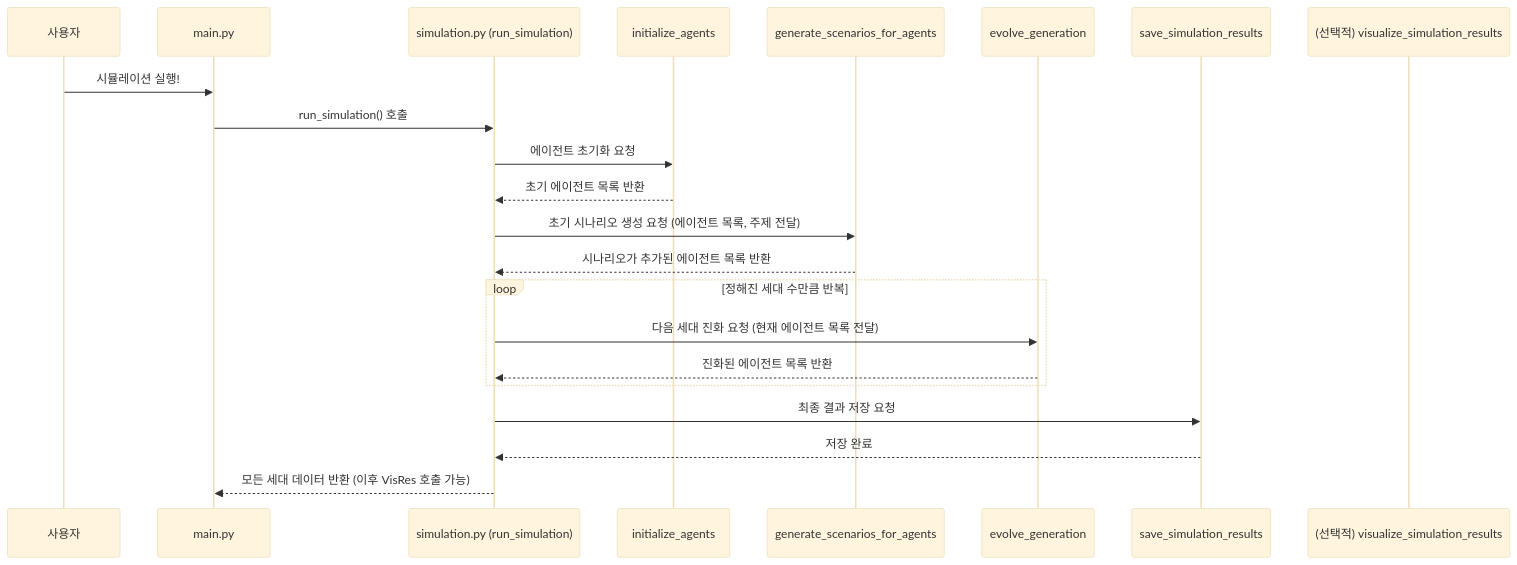
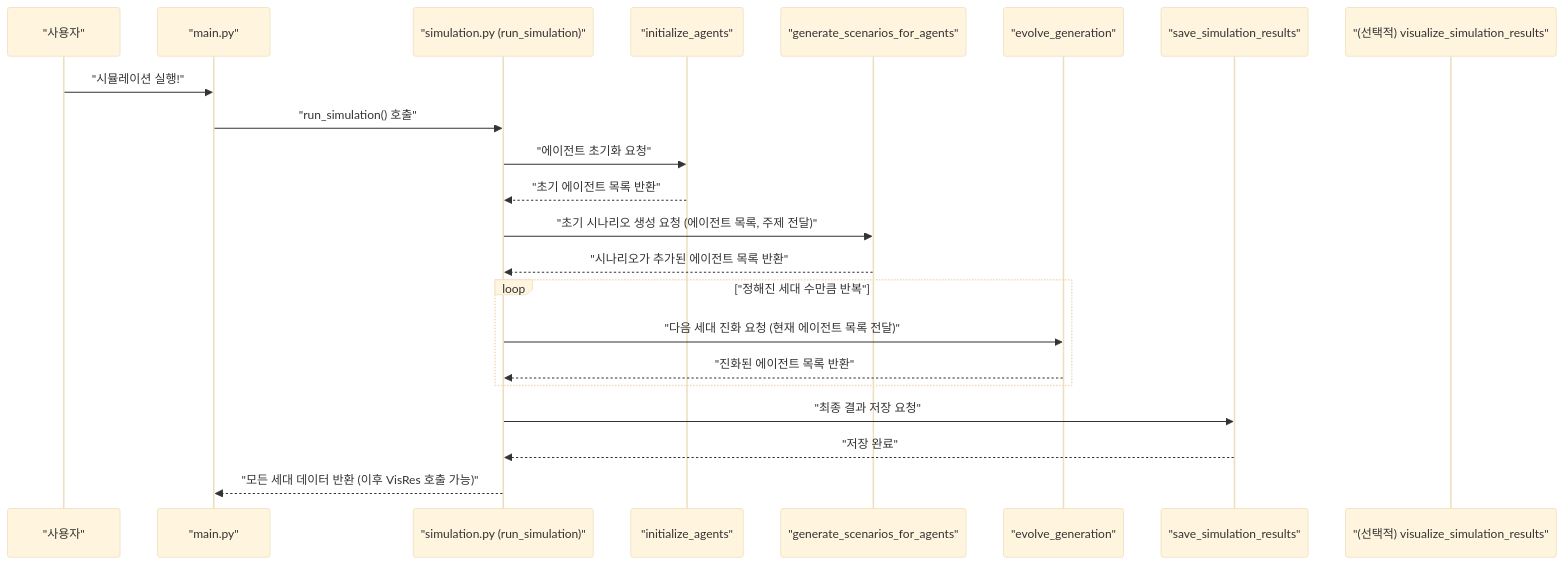
Before and after one commit to ValleyJin/Tutorial-Builder: the first of 2 diagrams in output/simulacra-futura/04_시뮬레이션_총괄__simulation_orchestration__.md, drawn with Mermaid (base theme). The commit also changed other lines of this file and 15 other files, not shown here.

````diff
--- a/output/simulacra-futura/04_시뮬레이션_총괄__simulation_orchestration__.md
+++ b/output/simulacra-futura/04_시뮬레이션_총괄__simulation_orchestration__.md
@@ -165,25 +165,25 @@
 ```mermaid
 sequenceDiagram
-    participant User as 사용자
-    participant Main as main.py
-    participant SimRun as simulation.py (run_simulation)
-    participant InitAgent as initialize_agents
-    participant GenScen as generate_scenarios_for_agents
-    participant EvolveGen as evolve_generation
-    participant SaveRes as save_simulation_results
-    participant VisRes as (선택적) visualize_simulation_results
+    participant User as "사용자"
+    participant Main as "main.py"
+    participant SimRun as "simulation.py (run_simulation)"
+    participant InitAgent as "initialize_agents"
+    participant GenScen as "generate_scenarios_for_agents"
+    participant EvolveGen as "evolve_generation"
+    participant SaveRes as "save_simulation_results"
+    participant VisRes as "(선택적) visualize_simulation_results"
 
-    User->>Main: 시뮬레이션 실행!
-    Main->>SimRun: run_simulation() 호출
-    SimRun->>InitAgent: 에이전트 초기화 요청
-    InitAgent-->>SimRun: 초기 에이전트 목록 반환
-    SimRun->>GenScen: 초기 시나리오 생성 요청 (에이전트 목록, 주제 전달)
-    GenScen-->>SimRun: 시나리오가 추가된 에이전트 목록 반환
-    loop 정해진 세대 수만큼 반복
-        SimRun->>EvolveGen: 다음 세대 진화 요청 (현재 에이전트 목록 전달)
-        EvolveGen-->>SimRun: 진화된 에이전트 목록 반환
+    User->>Main: "시뮬레이션 실행!"
+    Main->>SimRun: "run_simulation() 호출"
+    SimRun->>InitAgent: "에이전트 초기화 요청"
+    InitAgent-->>SimRun: "초기 에이전트 목록 반환"
+    SimRun->>GenScen: "초기 시나리오 생성 요청 (에이전트 목록, 주제 전달)"
+    GenScen-->>SimRun: "시나리오가 추가된 에이전트 목록 반환"
+    loop "정해진 세대 수만큼 반복"
+        SimRun->>EvolveGen: "다음 세대 진화 요청 (현재 에이전트 목록 전달)"
+        EvolveGen-->>SimRun: "진화된 에이전트 목록 반환"
     end
-    SimRun->>SaveRes: 최종 결과 저장 요청
-    SaveRes-->>SimRun: 저장 완료
-    SimRun-->>Main: 모든 세대 데이터 반환 (이후 VisRes 호출 가능)
+    SimRun->>SaveRes: "최종 결과 저장 요청"
+    SaveRes-->>SimRun: "저장 완료"
+    SimRun-->>Main: "모든 세대 데이터 반환 (이후 VisRes 호출 가능)"
 ```
````
